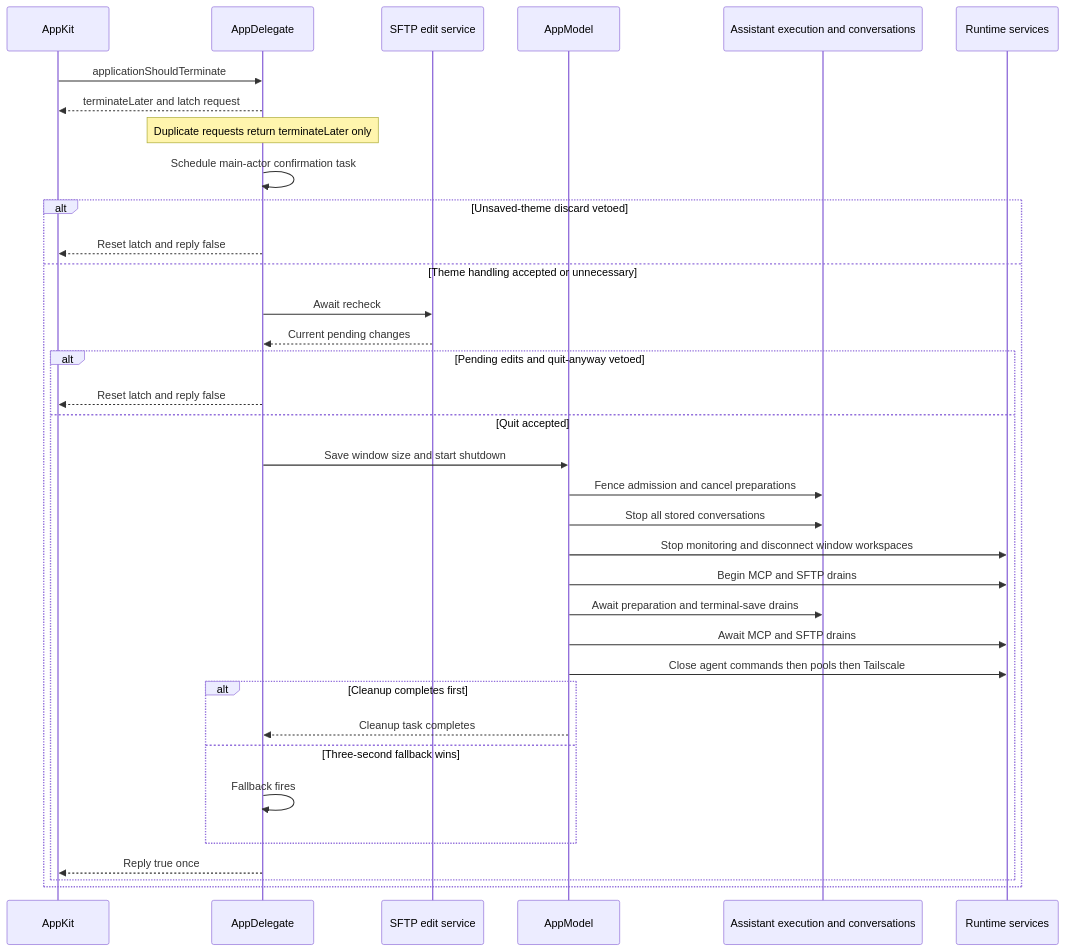
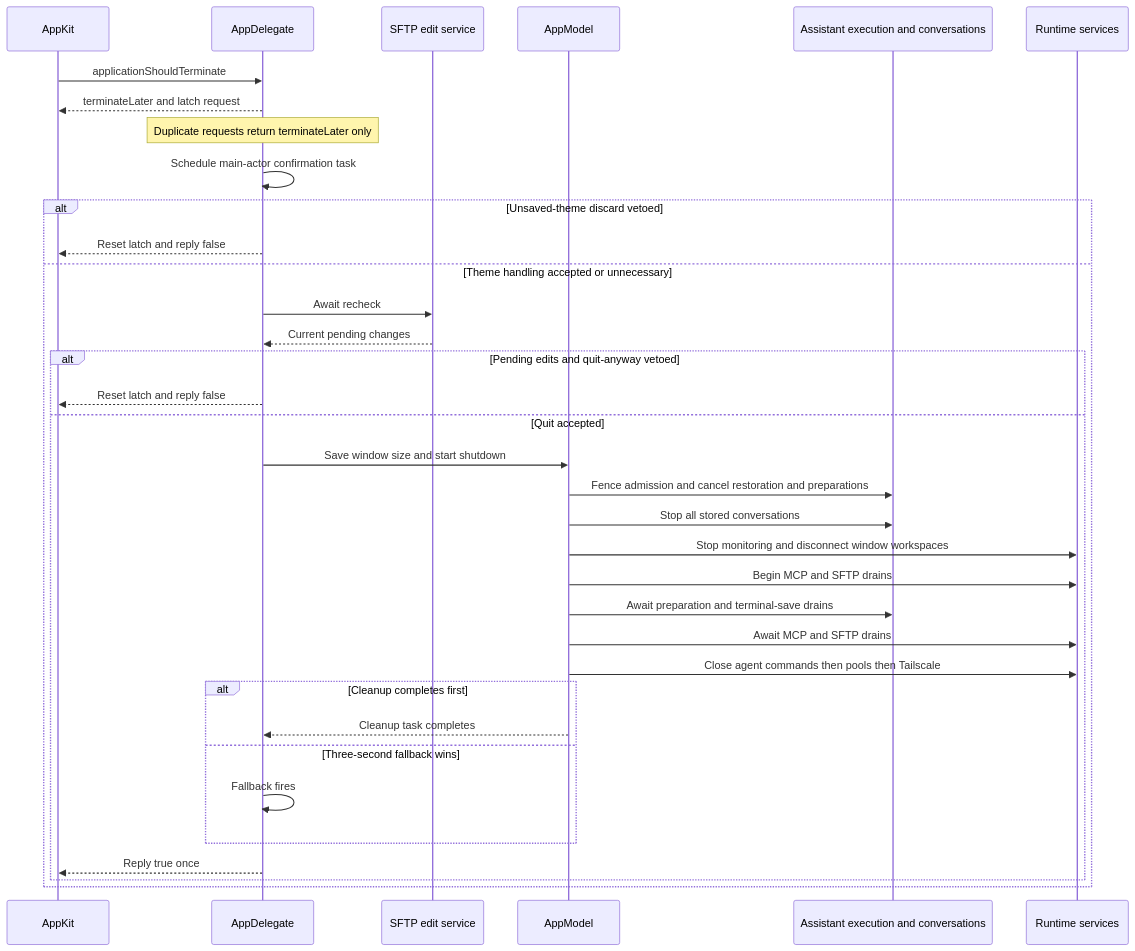
The fifth of 9 diagrams in openwiki/architecture/platform-runtime.md (AkinoKaede/Termind), drawn with Mermaid before and after one commit. The commit also changed other lines of this file and 51 other files, not shown here.

````diff
--- a/openwiki/architecture/platform-runtime.md
+++ b/openwiki/architecture/platform-runtime.md
@@ -304,37 +344,37 @@
 ```mermaid
 sequenceDiagram
     participant Native as AppKit
     participant Delegate as AppDelegate
     participant Edits as SFTP edit service
     participant Model as AppModel
     participant Assistant as Assistant execution and conversations
     participant Services as Runtime services
     Native->>Delegate: applicationShouldTerminate
     Delegate-->>Native: terminateLater and latch request
     Note over Delegate: Duplicate requests return terminateLater only
     Delegate->>Delegate: Schedule main-actor confirmation task
     alt Unsaved-theme discard vetoed
         Delegate-->>Native: Reset latch and reply false
     else Theme handling accepted or unnecessary
         Delegate->>Edits: Await recheck
         Edits-->>Delegate: Current pending changes
         alt Pending edits and quit-anyway vetoed
             Delegate-->>Native: Reset latch and reply false
         else Quit accepted
             Delegate->>Model: Save window size and start shutdown
-            Model->>Assistant: Fence admission and cancel preparations
+            Model->>Assistant: Fence admission and cancel restoration and preparations
             Model->>Assistant: Stop all stored conversations
             Model->>Services: Stop monitoring and disconnect window workspaces
             Model->>Services: Begin MCP and SFTP drains
             Model->>Assistant: Await preparation and terminal-save drains
             Model->>Services: Await MCP and SFTP drains
             Model->>Services: Close agent commands then pools then Tailscale
             alt Cleanup completes first
                 Model-->>Delegate: Cleanup task completes
             else Three-second fallback wins
                 Delegate->>Delegate: Fallback fires
             end
             Delegate-->>Native: Reply true once
         end
     end
 ```
````
